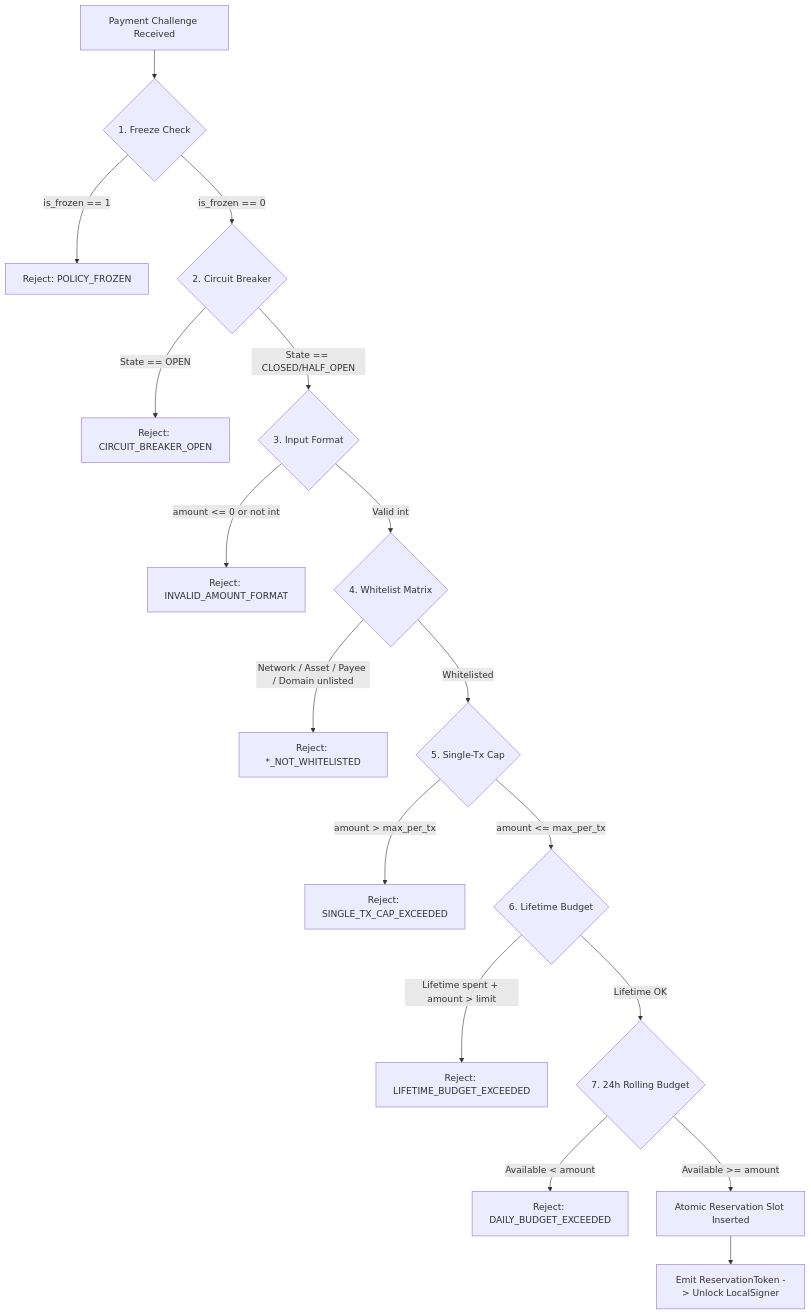
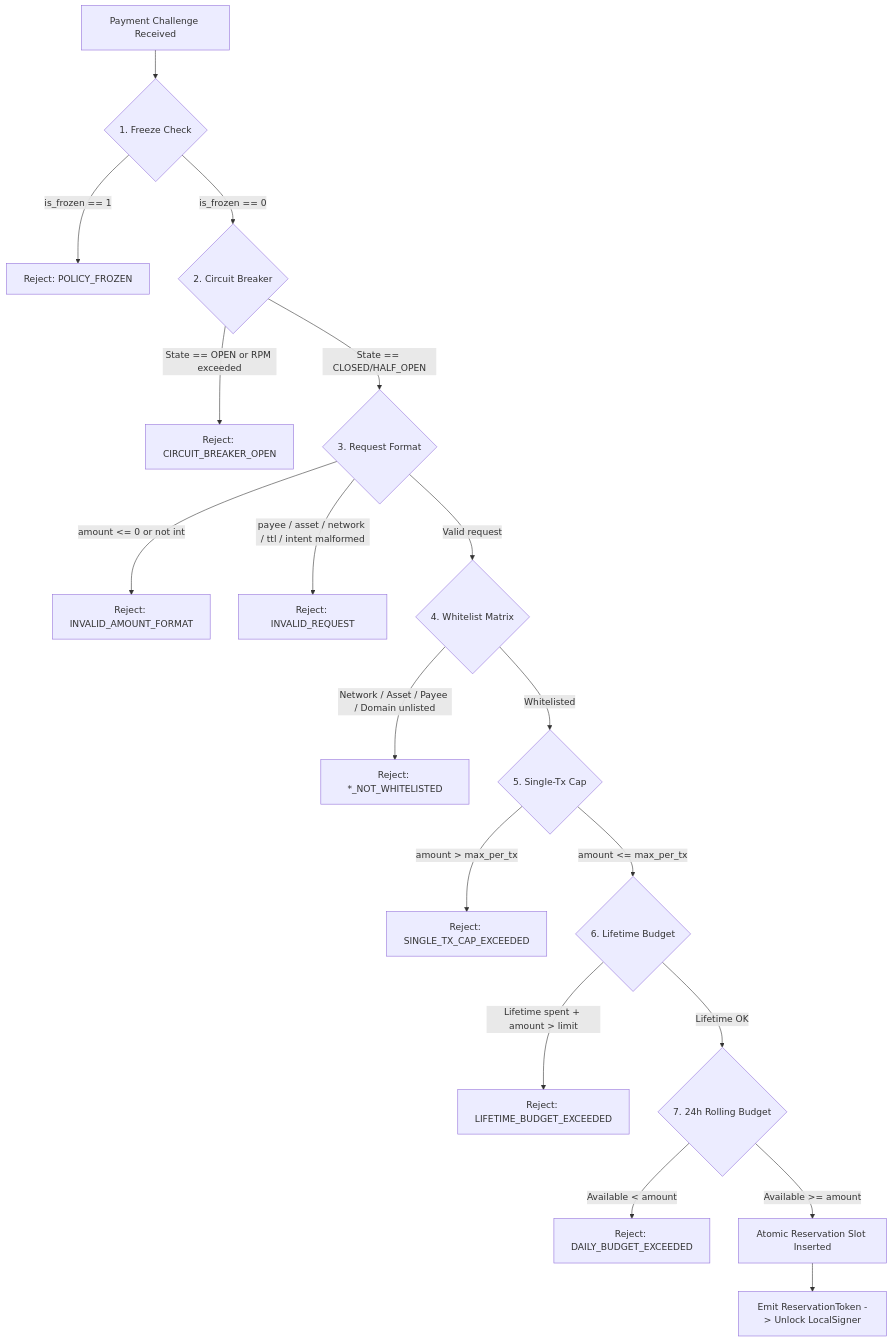
One commit to open-agentpay/AgentPay changed the first of 2 diagrams in specs/policy/README.md. Above: the diagram before and after it, drawn with Mermaid. The commit also changed other lines of this file and 18 other files, not shown here.

````diff
--- a/specs/policy/README.md
+++ b/specs/policy/README.md
@@ -14,19 +14,20 @@
 ```mermaid
 graph TD
     Req[Payment Challenge Received] --> S1{1. Freeze Check}
     S1 -->|is_frozen == 1| D1[Reject: POLICY_FROZEN]
     S1 -->|is_frozen == 0| S2{2. Circuit Breaker}
-    S2 -->|State == OPEN| D2[Reject: CIRCUIT_BREAKER_OPEN]
-    S2 -->|State == CLOSED/HALF_OPEN| S3{3. Input Format}
-    S3 -->|amount <= 0 or not int| D3[Reject: INVALID_AMOUNT_FORMAT]
-    S3 -->|Valid int| S4{4. Whitelist Matrix}
+    S2 -->|State == OPEN or RPM exceeded| D2[Reject: CIRCUIT_BREAKER_OPEN]
+    S2 -->|State == CLOSED/HALF_OPEN| S3{3. Request Format}
+    S3 -->|amount <= 0 or not int| D3A[Reject: INVALID_AMOUNT_FORMAT]
+    S3 -->|payee / asset / network / ttl / intent malformed| D3B[Reject: INVALID_REQUEST]
+    S3 -->|Valid request| S4{4. Whitelist Matrix}
     S4 -->|Network / Asset / Payee / Domain unlisted| D4[Reject: *_NOT_WHITELISTED]
     S4 -->|Whitelisted| S5{5. Single-Tx Cap}
     S5 -->|amount > max_per_tx| D5[Reject: SINGLE_TX_CAP_EXCEEDED]
     S5 -->|amount <= max_per_tx| S6{6. Lifetime Budget}
     S6 -->|Lifetime spent + amount > limit| D6[Reject: LIFETIME_BUDGET_EXCEEDED]
     S6 -->|Lifetime OK| S7{7. 24h Rolling Budget}
     S7 -->|Available < amount| D7[Reject: DAILY_BUDGET_EXCEEDED]
     S7 -->|Available >= amount| Pass[Atomic Reservation Slot Inserted]
     Pass --> Token[Emit ReservationToken -> Unlock LocalSigner]
 ```
````
